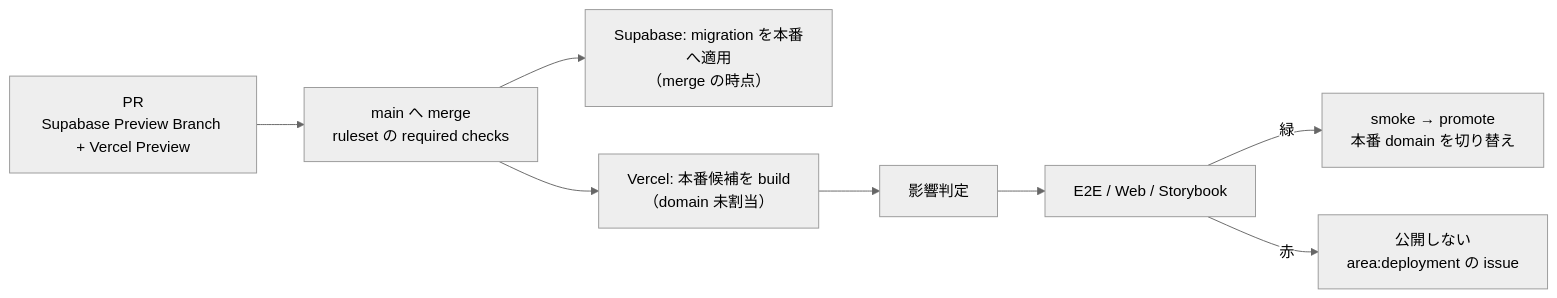
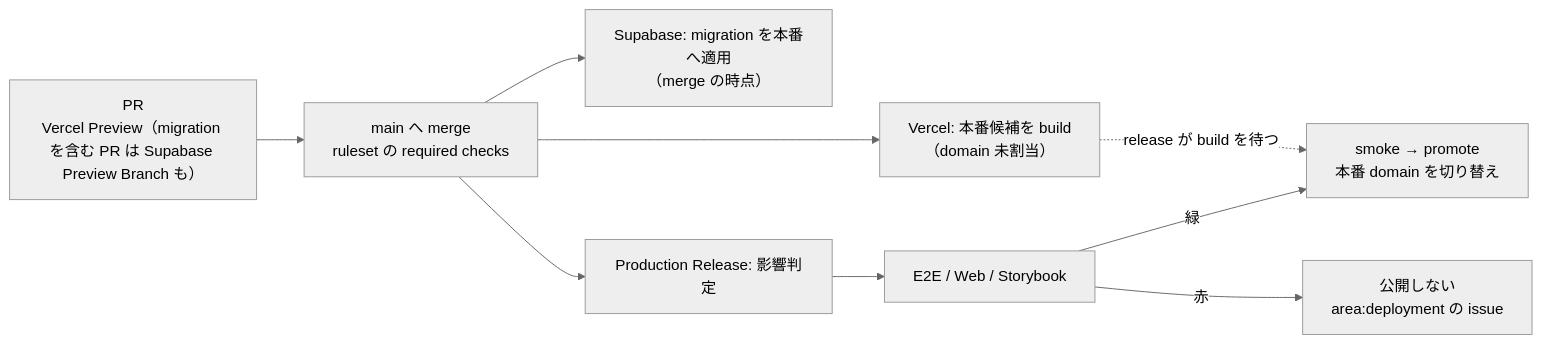
The diagram in docs/learn/09-deployment.md (Dayopt/dayopt), drawn with Mermaid (neutral theme) before and after one commit. The commit also changed other lines of this file and 36 other files, not shown here.

````diff
--- a/docs/learn/09-deployment.md
+++ b/docs/learn/09-deployment.md
@@ -18,9 +18,10 @@
 ```mermaid
 flowchart LR
-  PR["PR<br/>Supabase Preview Branch + Vercel Preview"] --> M["main へ merge<br/>ruleset の required checks"]
+  PR["PR<br/>Vercel Preview（migration を含む PR は Supabase Preview Branch も）"] --> M["main へ merge<br/>ruleset の required checks"]
   M --> MIG["Supabase: migration を本番へ適用<br/>（merge の時点）"]
   M --> B["Vercel: 本番候補を build<br/>（domain 未割当）"]
-  B --> I["影響判定"] --> L3["E2E / Web / Storybook"]
+  M --> I["Production Release: 影響判定"] --> L3["E2E / Web / Storybook"]
+  B -.->|"release が build を待つ"| P
   L3 -->|"緑"| P["smoke → promote<br/>本番 domain を切り替え"]
   L3 -->|"赤"| X["公開しない<br/>area:deployment の issue"]
 ```
````
